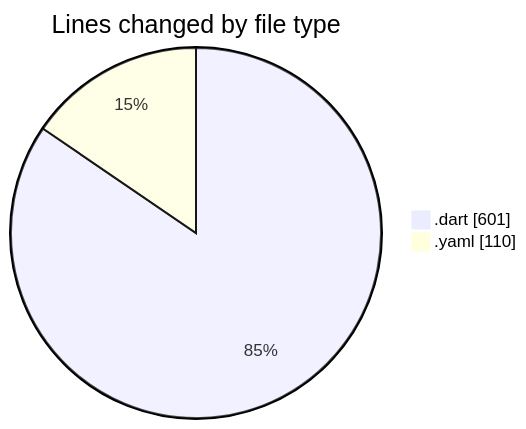
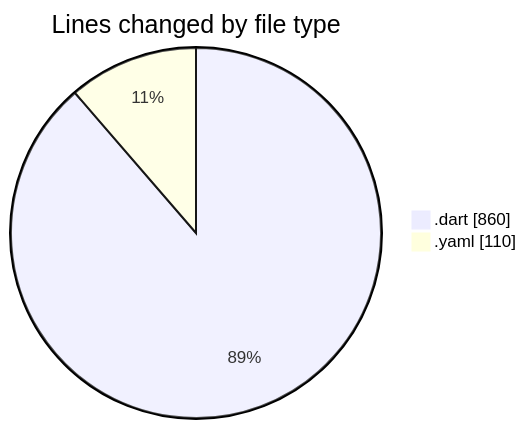
The first of 2 diagrams in 2025-07-31/studybuddy/README.md (lephambinh05/code-tracking), drawn with Mermaid before and after one commit. The commit also changed other lines of this file and 1 other file, not shown here.

````diff
--- a/2025-07-31/studybuddy/README.md
+++ b/2025-07-31/studybuddy/README.md
@@ -23,6 +24,6 @@
 ```mermaid
 pie showData
 title Lines changed by file type
-".dart" : 601
+".dart" : 860
 ".yaml" : 110
 ```
````
